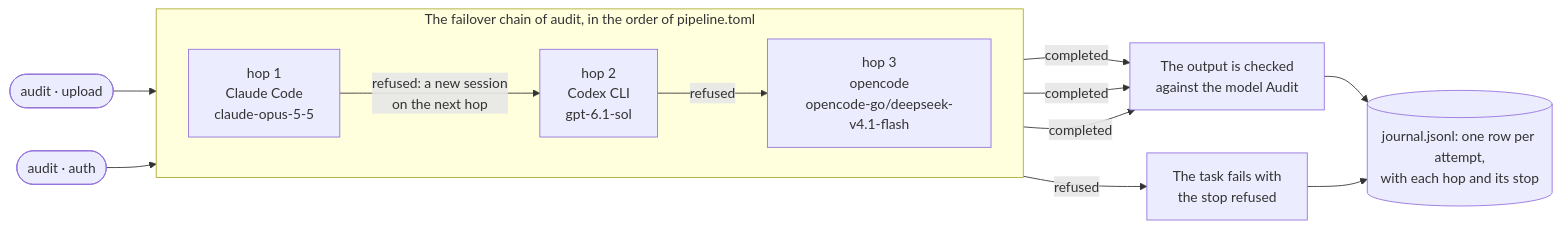
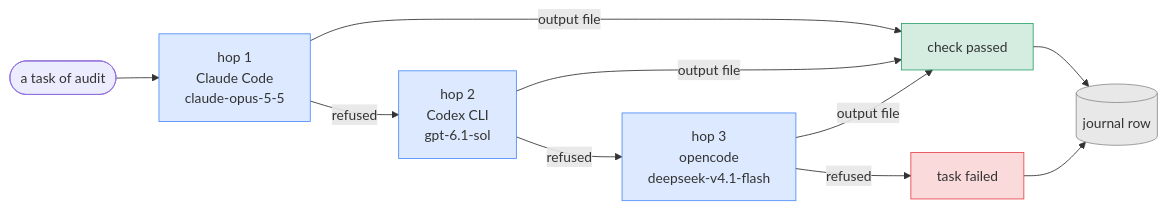
One commit to t-tani/contraagent changed the first of 3 diagrams in README.md. Above: the diagram before and after it, drawn with Mermaid. The commit also changed other lines of this file and 2 other files, not shown here.

First line of the commit message:
Draw the README's security section as a table and two diagrams

````diff
--- a/README.md
+++ b/README.md
@@ -337,19 +325,18 @@
 ```mermaid
 flowchart LR
-    upload(["audit · upload"]) --> h1
-    auth(["audit · auth"]) --> h1
-    subgraph chain["The failover chain of audit, in the order of pipeline.toml"]
-        direction LR
-        h1["hop 1<br>Claude Code<br>claude-opus-5-5"]
-        h2["hop 2<br>Codex CLI<br>gpt-6.1-sol"]
-        h3["hop 3<br>opencode<br>opencode-go/deepseek-v4.1-flash"]
-        h1 -- "refused: a new session<br>on the next hop" --> h2
-        h2 -- "refused" --> h3
-    end
-    h1 -- "completed" --> checked["The output is checked<br>against the model Audit"]
-    h2 -- "completed" --> checked
-    h3 -- "completed" --> checked
-    h3 -- "refused" --> failed["The task fails with<br>the stop refused"]
-    checked --> journal[("journal.jsonl: one row per attempt,<br>with each hop and its stop")]
-    failed --> journal
+    task([a task of audit]) --> h1
+    h1["hop 1<br>Claude Code<br>claude-opus-5-5"] -- refused --> h2["hop 2<br>Codex CLI<br>gpt-6.1-sol"]
+    h2 -- refused --> h3["hop 3<br>opencode<br>deepseek-v4.1-flash"]
+    h3 -- refused --> failed[task failed]
+    h1 & h2 & h3 -- output file --> ok[check passed]
+    ok --> j[(journal row)]
+    failed --> j
+    classDef hop fill:#4f8ff733,stroke:#4f8ff7
+    classDef bad fill:#e5484d33,stroke:#e5484d
+    classDef good fill:#30a46c33,stroke:#30a46c
+    classDef rec fill:#8e8e9333,stroke:#8e8e93
+    class h1,h2,h3 hop
+    class failed bad
+    class ok good
+    class j rec
 ```
````
